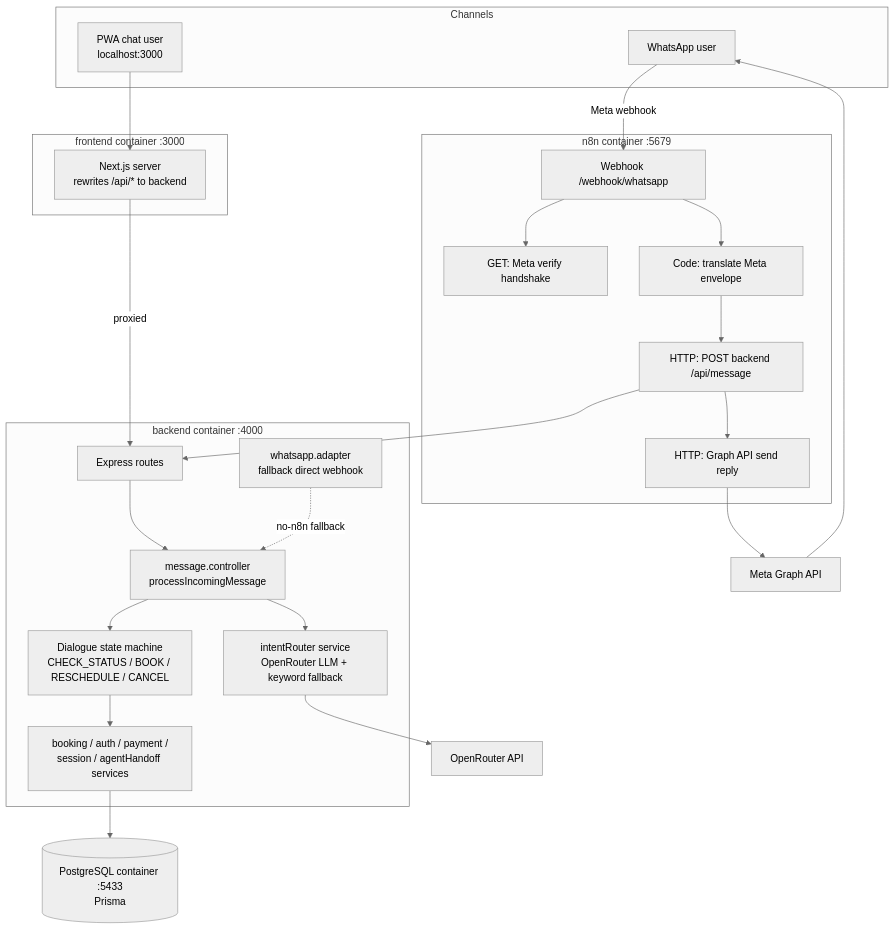
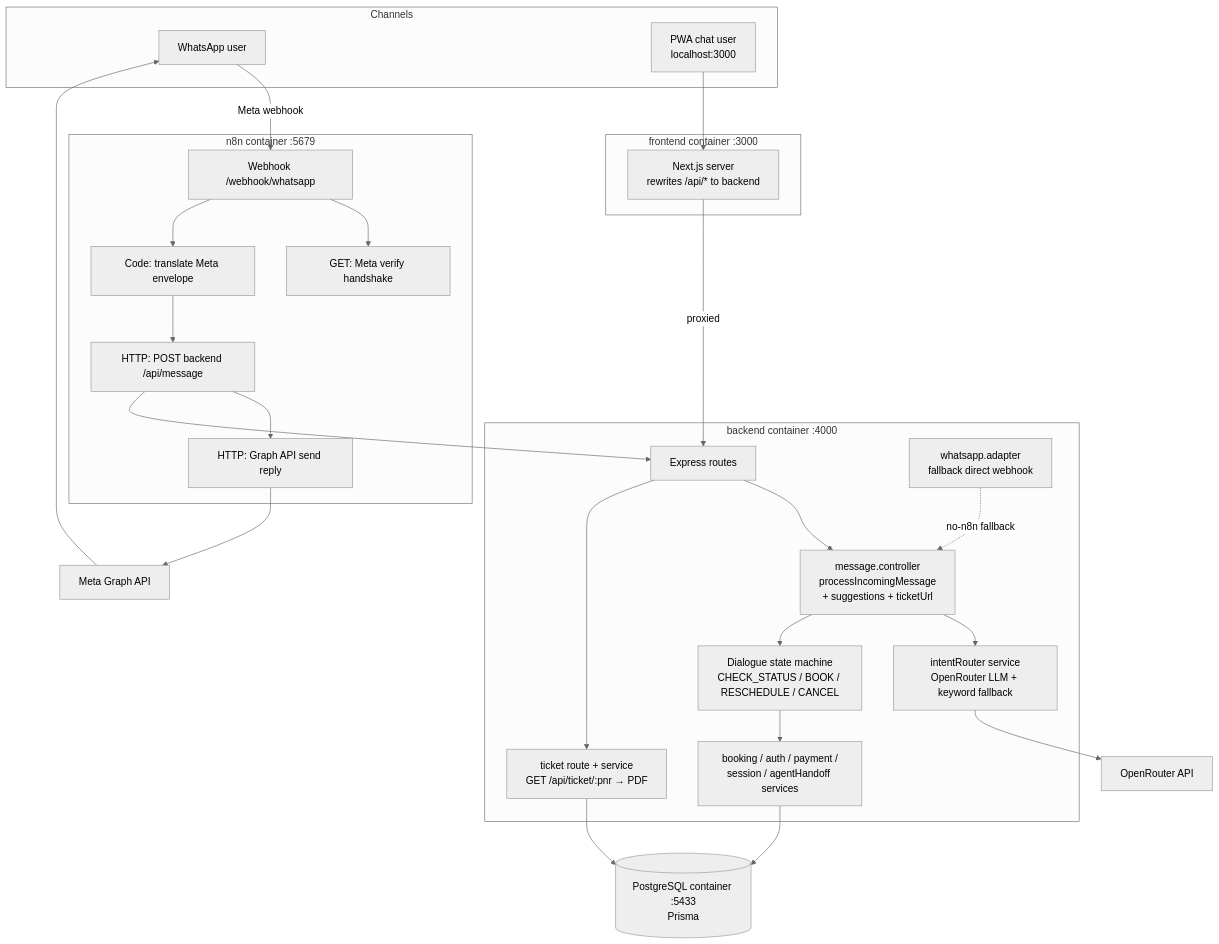
Before and after one commit to Rajani-Meet/BlueWings: the first of 2 diagrams in docs/architecture-diagram.md, drawn with Mermaid (neutral theme). The commit also changed other lines of this file and 4 other files, not shown here.

Commit message:
docs: add customer journey and 5-min demo script; refresh architecture diagram

````diff
--- a/docs/architecture-diagram.md
+++ b/docs/architecture-diagram.md
@@ -5,42 +5,44 @@
 ```mermaid
 graph TD
     subgraph Channels
         WA[WhatsApp user]
         PWA[PWA chat user<br/>localhost:3000]
     end
 
     subgraph n8n [n8n container :5679]
         HOOK[Webhook /webhook/whatsapp]
         VERIFY[GET: Meta verify handshake]
         EXTRACT[Code: translate Meta envelope]
         CALLBE[HTTP: POST backend /api/message]
         SENDWA[HTTP: Graph API send reply]
         HOOK --> VERIFY
         HOOK --> EXTRACT --> CALLBE --> SENDWA
     end
 
     subgraph frontend [frontend container :3000]
         NEXT[Next.js server<br/>rewrites /api/* to backend]
     end
 
     subgraph backend [backend container :4000]
         ROUTE[Express routes]
-        CTRL[message.controller<br/>processIncomingMessage]
+        CTRL[message.controller<br/>processIncomingMessage<br/>+ suggestions + ticketUrl]
         INTENT[intentRouter service<br/>OpenRouter LLM + keyword fallback]
         FLOWS[Dialogue state machine<br/>CHECK_STATUS / BOOK / RESCHEDULE / CANCEL]
         SVC[booking / auth / payment /<br/>session / agentHandoff services]
+        TICKET[ticket route + service<br/>GET /api/ticket/:pnr → PDF]
         ADAPT[whatsapp.adapter<br/>fallback direct webhook]
     end
 
     DB[(PostgreSQL container :5433<br/>Prisma)]
     OR[OpenRouter API]
     META[Meta Graph API]
 
     WA -->|Meta webhook| HOOK
     SENDWA --> META --> WA
     PWA --> NEXT -->|proxied| ROUTE
     ROUTE --> CTRL --> INTENT --> OR
     CTRL --> FLOWS --> SVC --> DB
+    ROUTE --> TICKET --> DB
     CALLBE --> ROUTE
     ADAPT -.->|no-n8n fallback| CTRL
 ```
````
